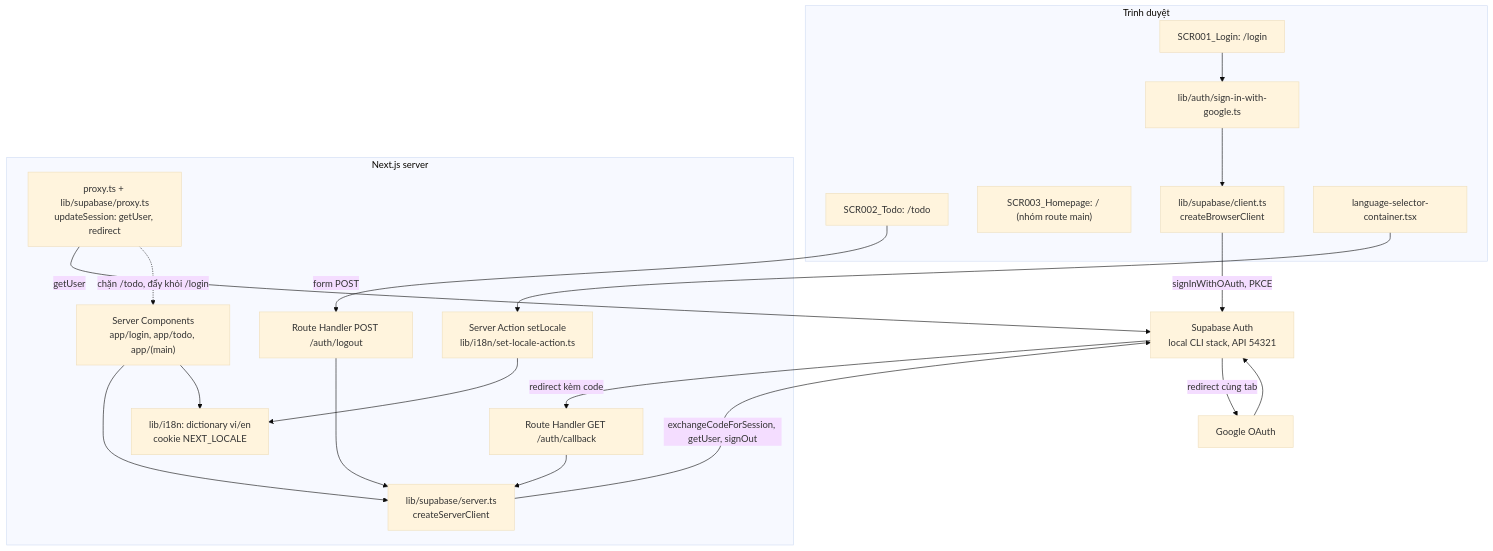
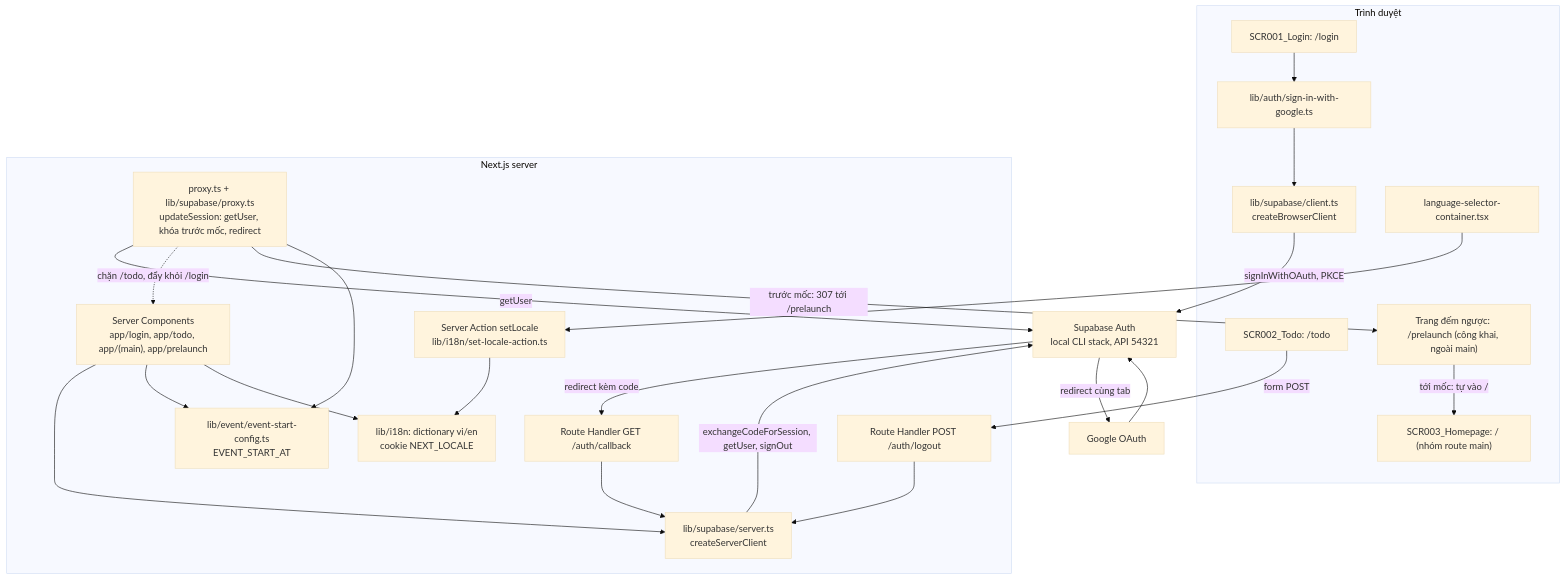
The first of 2 diagrams in docs/system/architecture.md (ngocnv-0940/agentic-coding-hands-on), drawn with Mermaid (base theme) before and after one commit. The commit also changed other lines of this file and 17 other files, not shown here.

````diff
--- a/docs/system/architecture.md
+++ b/docs/system/architecture.md
@@ -7,38 +14,44 @@
 ```mermaid
 graph TB
     subgraph Browser["Trình duyệt"]
         LOGIN["SCR001_Login: /login"]
         TODO["SCR002_Todo: /todo"]
         HOME["SCR003_Homepage: / (nhóm route main)"]
+        PRE["Trang đếm ngược: /prelaunch (công khai, ngoài main)"]
         BC["lib/supabase/client.ts<br/>createBrowserClient"]
         SIGN["lib/auth/sign-in-with-google.ts"]
         LSEL["language-selector-container.tsx"]
     end
     subgraph Next["Next.js server"]
-        PX["proxy.ts + lib/supabase/proxy.ts<br/>updateSession: getUser, redirect"]
-        PG["Server Components<br/>app/login, app/todo, app/(main)"]
+        PX["proxy.ts + lib/supabase/proxy.ts<br/>updateSession: getUser, khóa trước mốc, redirect"]
+        PG["Server Components<br/>app/login, app/todo, app/(main), app/prelaunch"]
+        EVT["lib/event/event-start-config.ts<br/>EVENT_START_AT"]
         CB["Route Handler GET /auth/callback"]
         LO["Route Handler POST /auth/logout"]
         SA["Server Action setLocale<br/>lib/i18n/set-locale-action.ts"]
         SC["lib/supabase/server.ts<br/>createServerClient"]
         I18N["lib/i18n: dictionary vi/en<br/>cookie NEXT_LOCALE"]
     end
     SB["Supabase Auth<br/>local CLI stack, API 54321"]
     G["Google OAuth"]
 
     LOGIN --> SIGN --> BC
     BC -->|"signInWithOAuth, PKCE"| SB
     SB -->|"redirect cùng tab"| G
     G --> SB
     SB -->|"redirect kèm code"| CB
     CB --> SC
     LO --> SC
     PG --> SC
     SC -->|"exchangeCodeForSession, getUser, signOut"| SB
     PX -->|"getUser"| SB
     PX -.->|"chặn /todo, đẩy khỏi /login"| PG
+    PX -->|"trước mốc: 307 tới /prelaunch"| PRE
+    PX --> EVT
+    PRE -->|"tới mốc: tự vào /"| HOME
+    PG --> EVT
     TODO -->|"form POST"| LO
     LSEL --> SA
     SA --> I18N
     PG --> I18N
 ```
````
